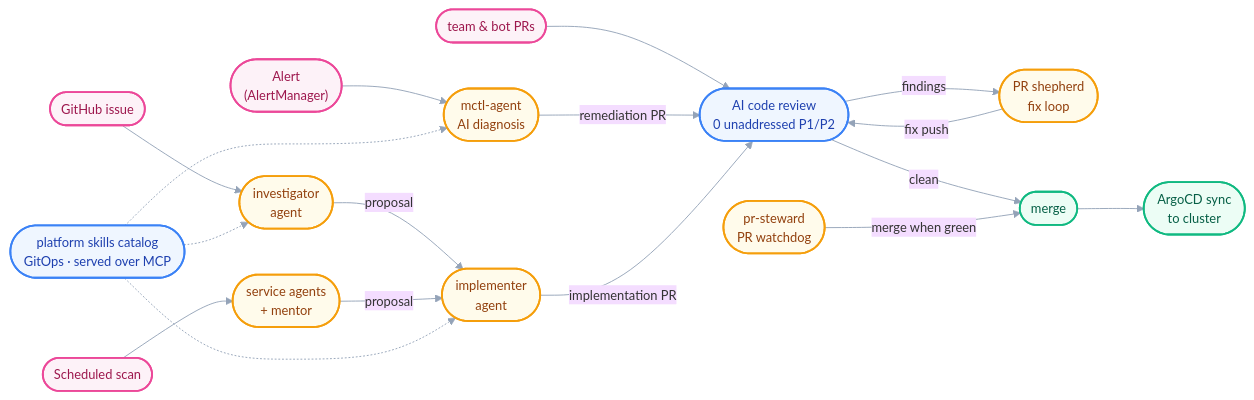
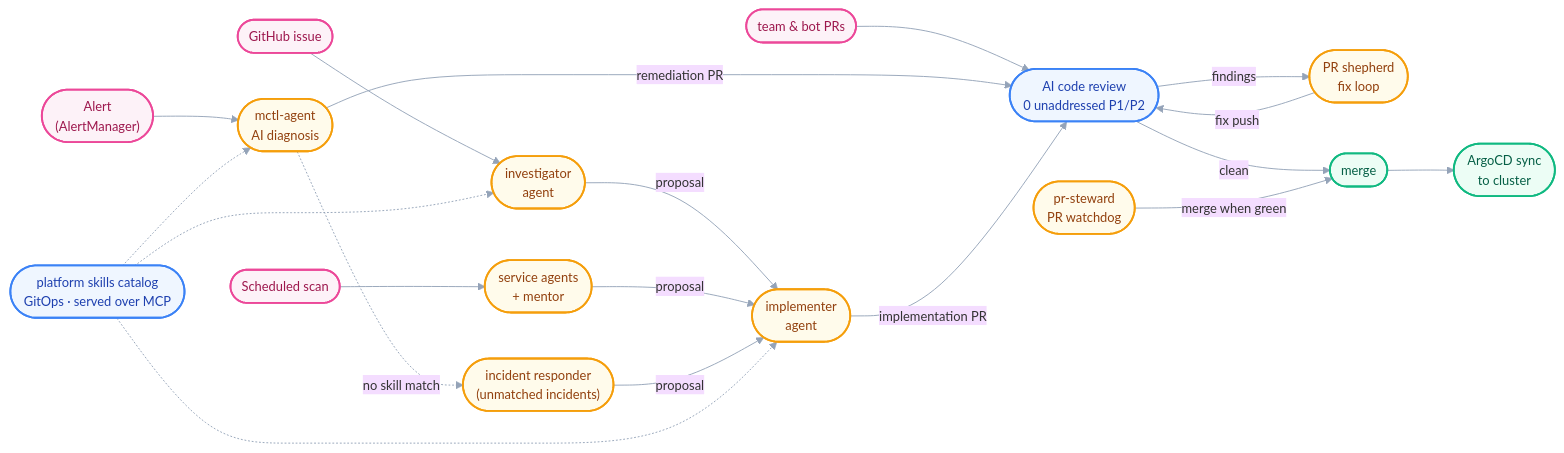
The second of 2 diagrams in profile/README.md (mctlhq/.github), drawn with Mermaid before and after one commit.

Commit message:
docs: add incident responder to AI automation loop diagram

````diff
--- a/profile/README.md
+++ b/profile/README.md
@@ -141,26 +141,28 @@
 ```mermaid
 %%{init: {'theme': 'base', 'themeVariables': {'lineColor': '#94a3b8', 'fontSize': '14px'}}}%%
 graph LR
   classDef trig fill:#fdf2f8,stroke:#ec4899,stroke-width:2px,color:#9d174d
   classDef agent fill:#fffbeb,stroke:#f59e0b,stroke-width:2px,color:#92400e
   classDef gate fill:#eff6ff,stroke:#3b82f6,stroke-width:2px,color:#1e40af
   classDef done fill:#ecfdf5,stroke:#10b981,stroke-width:2px,color:#065f46
 
   Alert(["Alert<br/>(AlertManager)"]):::trig --> SelfHeal(["mctl-agent<br/>AI diagnosis"]):::agent
   Issue(["GitHub issue"]):::trig --> Investigator(["investigator<br/>agent"]):::agent
   Scan(["Scheduled scan"]):::trig --> Tier1(["service agents<br/>+ mentor"]):::agent
   TeamPR(["team & bot PRs"]):::trig --> Review(["AI code review<br/>0 unaddressed P1/P2"]):::gate
+  SelfHeal -. "no skill match" .-> Responder(["incident responder<br/>(unmatched incidents)"]):::agent
   Investigator -- proposal --> Implementer(["implementer<br/>agent"]):::agent
   Tier1 -- proposal --> Implementer
+  Responder -- proposal --> Implementer
   SelfHeal -- remediation PR --> Review
   Implementer -- implementation PR --> Review
   Review -- findings --> Shepherd(["PR shepherd<br/>fix loop"]):::agent
   Shepherd -- fix push --> Review
   Review -- clean --> Merge(["merge"]):::done
   Steward(["pr-steward<br/>PR watchdog"]):::agent -- merge when green --> Merge
   Merge --> Sync(["ArgoCD sync<br/>to cluster"]):::done
   Skills(["platform skills catalog<br/>GitOps · served over MCP"]):::gate
   Skills -.-> SelfHeal
   Skills -.-> Investigator
   Skills -.-> Implementer
 ```
````
